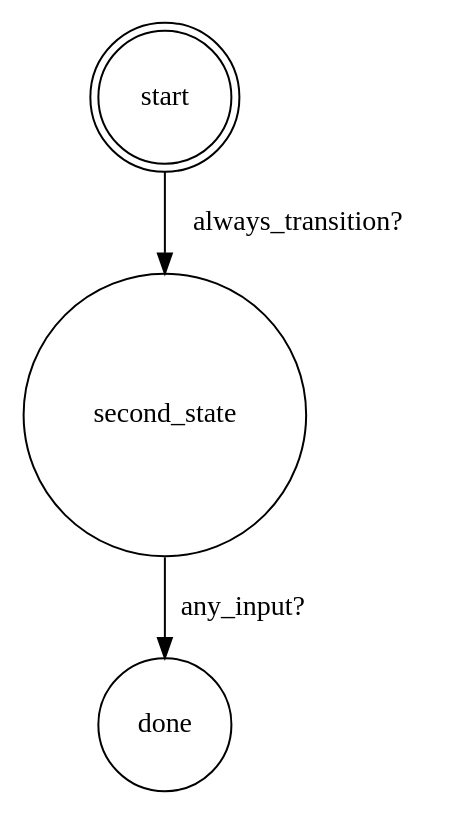
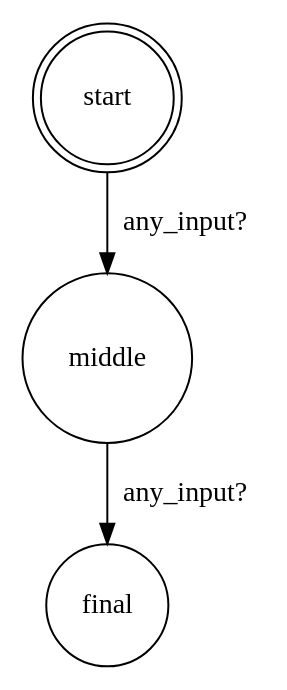
Before and after one commit to kyleburton/twilio-in-ten-minutes: the diagram in public/workflows/flugelhorn.dot, drawn with Graphviz. The commit also changed 3 other files, not shown here.

Commit message:
example flow for Tevor

```diff
--- a/public/workflows/flugelhorn.dot
+++ b/public/workflows/flugelhorn.dot
@@ -1,7 +1,7 @@
 digraph {
-  "second_state" [ shape = circle ]; 
-  "second_state" -> "done" [ label = "any_input?" ];
+  "middle" [ shape = circle ]; 
+  "middle" -> "final" [ label = "any_input?" ];
   "start" [ shape = doublecircle ]; 
-  "start" -> "second_state" [ label = "always_transition?" ];
-  "done" [ shape = circle ]; 
+  "start" -> "middle" [ label = "any_input?" ];
+  "final" [ shape = circle ]; 
 }
```
